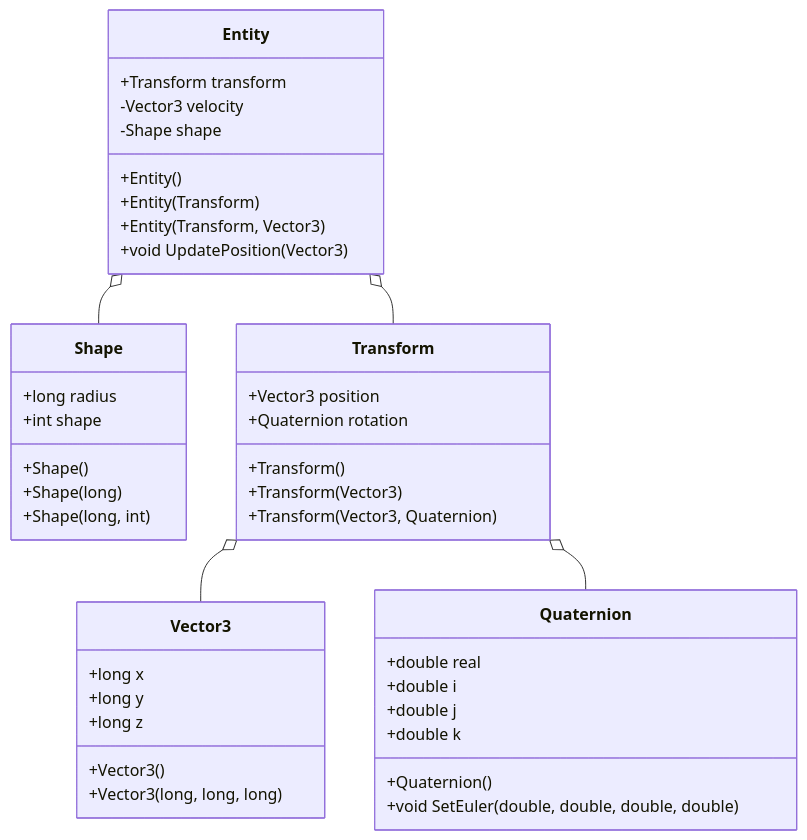
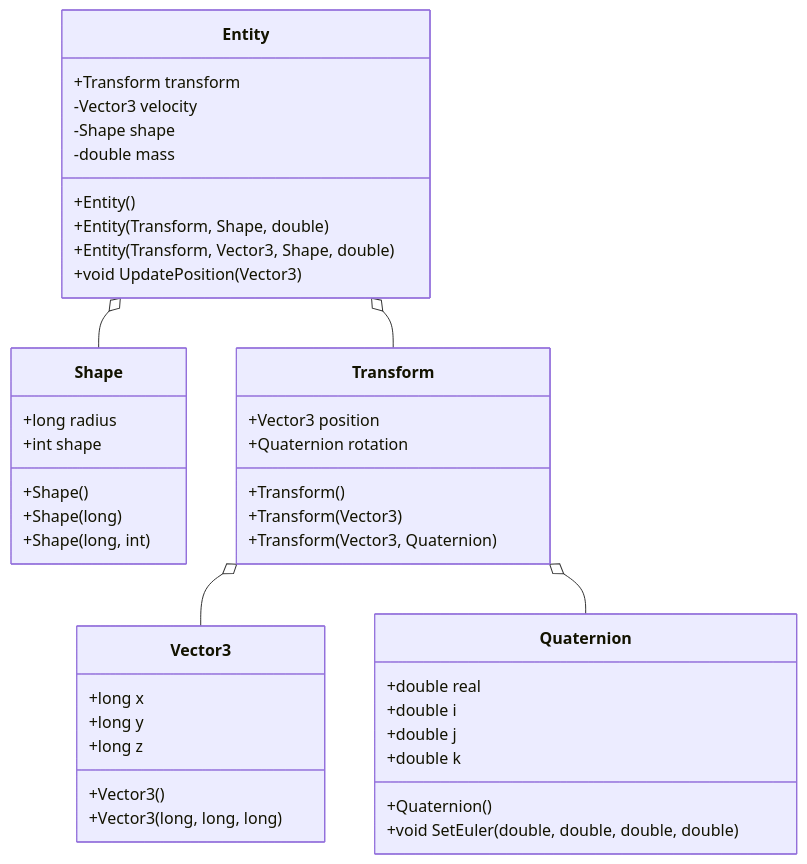
Before and after one commit to RockingCone/Rigidbody-Physics-Simulator: the diagram in README.md, drawn with Mermaid. The commit also changed 2 other files, not shown here.

Commit message:
Properly added shape and mass to entity class

````diff
--- a/README.md
+++ b/README.md
@@ -11,57 +11,58 @@
 ```mermaid
 classDiagram
 
 class Shape {
     +long radius
     +int shape
 
     +Shape()
     +Shape(long)
     +Shape(long, int)
 }
 
 class Entity {
     +Transform transform
     -Vector3 velocity
     -Shape shape
+    -double mass
 
     +Entity()
-    +Entity(Transform)
-    +Entity(Transform, Vector3)
+    +Entity(Transform, Shape, double)
+    +Entity(Transform, Vector3, Shape, double)
 
     +void UpdatePosition(Vector3)
 }
 
 class Transform {
     +Vector3 position
     +Quaternion rotation
 
     +Transform()
     +Transform(Vector3)
     +Transform(Vector3, Quaternion)
 }
 
 class Vector3 {
     +long x
     +long y
     +long z
 
     +Vector3()
     +Vector3(long, long, long)
 }
 
 class Quaternion {
     +double real
     +double i
     +double j
     +double k
 
     +Quaternion()
     +void SetEuler(double, double, double, double)
 }
 
 Entity o-- Shape
 Entity o-- Transform
 Transform o-- Vector3
 Transform o-- Quaternion
 ```
````
